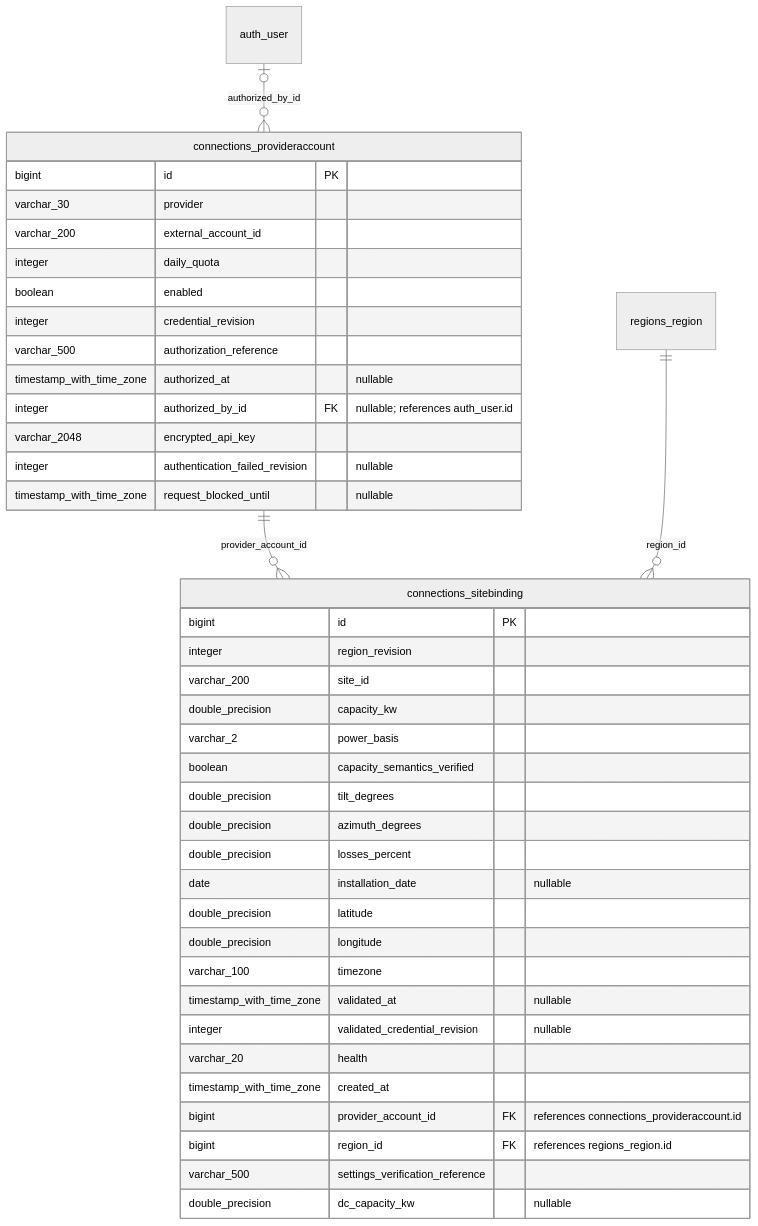
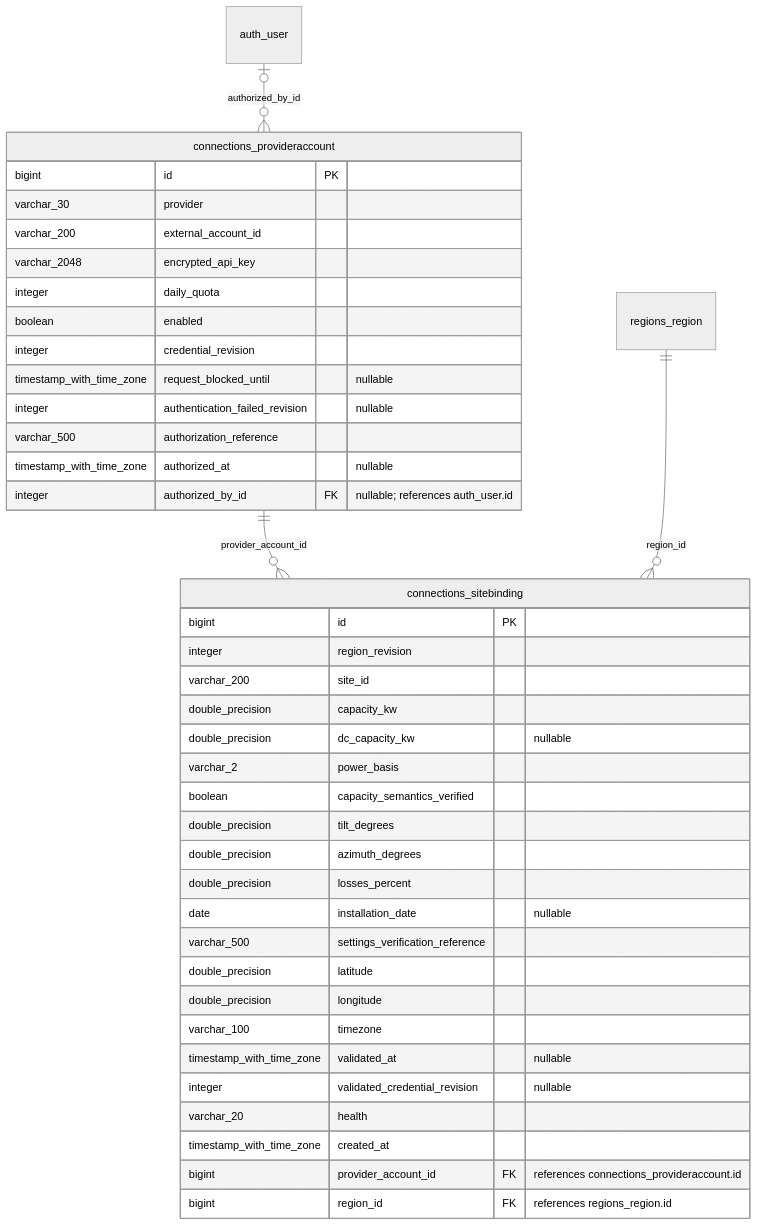
The fourth of 18 diagrams in docs/DATA_MODEL.md (erkurtharun/pyracast), drawn with Mermaid (neutral theme) before and after one commit. The commit also changed other lines of this file and 121 other files, not shown here.

````diff
--- a/docs/DATA_MODEL.md
+++ b/docs/DATA_MODEL.md
@@ -355,43 +355,43 @@
 ```mermaid
 erDiagram
     connections_provideraccount {
         bigint id PK
         varchar_30 provider
         varchar_200 external_account_id
+        varchar_2048 encrypted_api_key
         integer daily_quota
         boolean enabled
         integer credential_revision
+        timestamp_with_time_zone request_blocked_until "nullable"
+        integer authentication_failed_revision "nullable"
         varchar_500 authorization_reference
         timestamp_with_time_zone authorized_at "nullable"
         integer authorized_by_id FK "nullable; references auth_user.id"
-        varchar_2048 encrypted_api_key
-        integer authentication_failed_revision "nullable"
-        timestamp_with_time_zone request_blocked_until "nullable"
     }
     connections_sitebinding {
         bigint id PK
         integer region_revision
         varchar_200 site_id
         double_precision capacity_kw
+        double_precision dc_capacity_kw "nullable"
         varchar_2 power_basis
         boolean capacity_semantics_verified
         double_precision tilt_degrees
         double_precision azimuth_degrees
         double_precision losses_percent
         date installation_date "nullable"
+        varchar_500 settings_verification_reference
         double_precision latitude
         double_precision longitude
         varchar_100 timezone
         timestamp_with_time_zone validated_at "nullable"
         integer validated_credential_revision "nullable"
         varchar_20 health
         timestamp_with_time_zone created_at
         bigint provider_account_id FK "references connections_provideraccount.id"
         bigint region_id FK "references regions_region.id"
-        varchar_500 settings_verification_reference
-        double_precision dc_capacity_kw "nullable"
     }
     auth_user |o--o{ connections_provideraccount : "authorized_by_id"
     connections_provideraccount ||--o{ connections_sitebinding : "provider_account_id"
     regions_region ||--o{ connections_sitebinding : "region_id"
 ```
````
